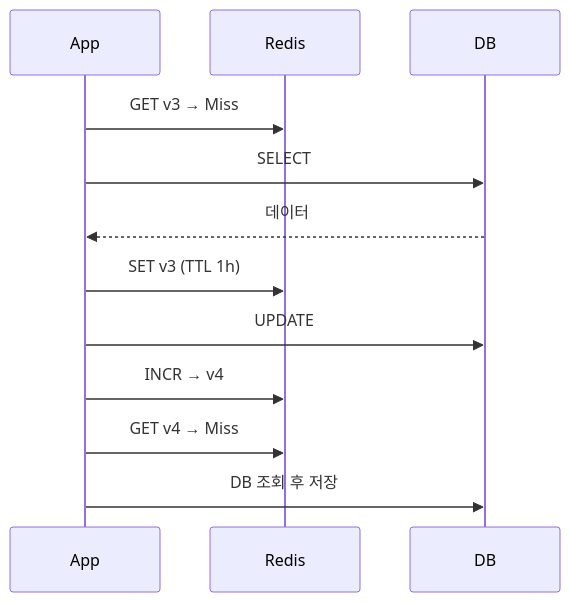
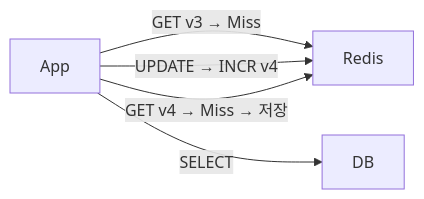
Before and after one commit to yjkim2015/yjkim2015.github.io: the third of 8 diagrams in _posts/caching/2026-05-03-cache-invalidation.md, drawn with Mermaid. The commit also changed 50 other files, not shown here.

First line of the commit message:
stateDiagram 11개 graph LR 변환 + 테이블 빈 셀 17개 수정

````diff
--- a/_posts/caching/2026-05-03-cache-invalidation.md
+++ b/_posts/caching/2026-05-03-cache-invalidation.md
@@ -175,14 +175,7 @@
 ```mermaid
-sequenceDiagram
-    participant App
-    participant Redis
-    participant DB
-    App->>Redis: GET v3 → Miss
-    App->>DB: SELECT
-    DB-->>App: 데이터
-    App->>Redis: SET v3 (TTL 1h)
-    App->>DB: UPDATE
-    App->>Redis: INCR → v4
-    App->>Redis: GET v4 → Miss
-    App->>DB: DB 조회 후 저장
+graph LR
+    App["App"] -->|"GET v3 → Miss"| Redis["Redis"]
+    App -->|"SELECT"| DB["DB"]
+    App -->|"UPDATE → INCR v4"| Redis
+    App -->|"GET v4 → Miss → 저장"| Redis
 ```
````
